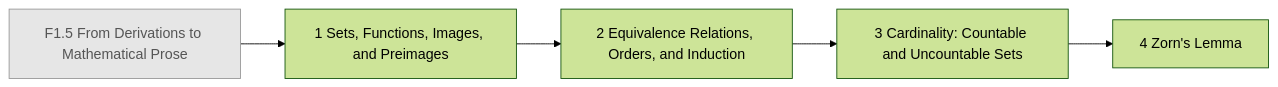
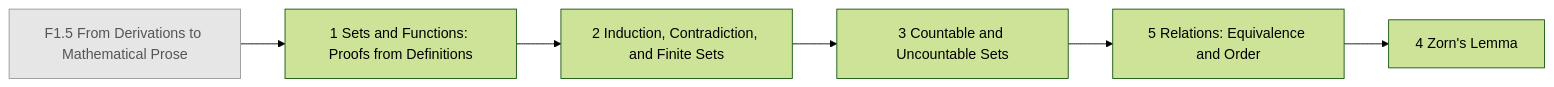
One commit to AkizumiFox/math-atlas changed the diagram in generated/chapters/F2.mmd. Above: the diagram before and after it, drawn with Mermaid (forest theme). The commit also changed 12 other files, not shown here.

Commit message:
Atlas: fd2 re-cut (layout C): F2.5 Relations and Orders; F2.2/F2.3 re-sequenced

```diff
--- a/generated/chapters/F2.mmd
+++ b/generated/chapters/F2.mmd
@@ -1,13 +1,15 @@
 flowchart LR
   F1_5["F1.5 From Derivations to Mathematical Prose"]:::ext
-  F2_1["1 Sets, Functions, Images, and Preimages"]
-  F2_2["2 Equivalence Relations, Orders, and Induction"]
-  F2_3["3 Cardinality: Countable and Uncountable Sets"]
+  F2_1["1 Sets and Functions: Proofs from Definitions"]
+  F2_2["2 Induction, Contradiction, and Finite Sets"]
+  F2_3["3 Countable and Uncountable Sets"]
+  F2_5["5 Relations: Equivalence and Order"]
   F2_4["4 Zorn's Lemma"]
   F1_5 --> F2_1
   F2_1 --> F2_2
   F2_2 --> F2_3
-  F2_3 --> F2_4
+  F2_3 --> F2_5
+  F2_5 --> F2_4
   classDef ext fill:#e6e6e6,stroke:#999,color:#555
   classDef opt fill:#fff,stroke:#999,stroke-dasharray:4 3,color:#555
   classDef segb fill:#f6f6fb,stroke:#99a,color:#333
```
